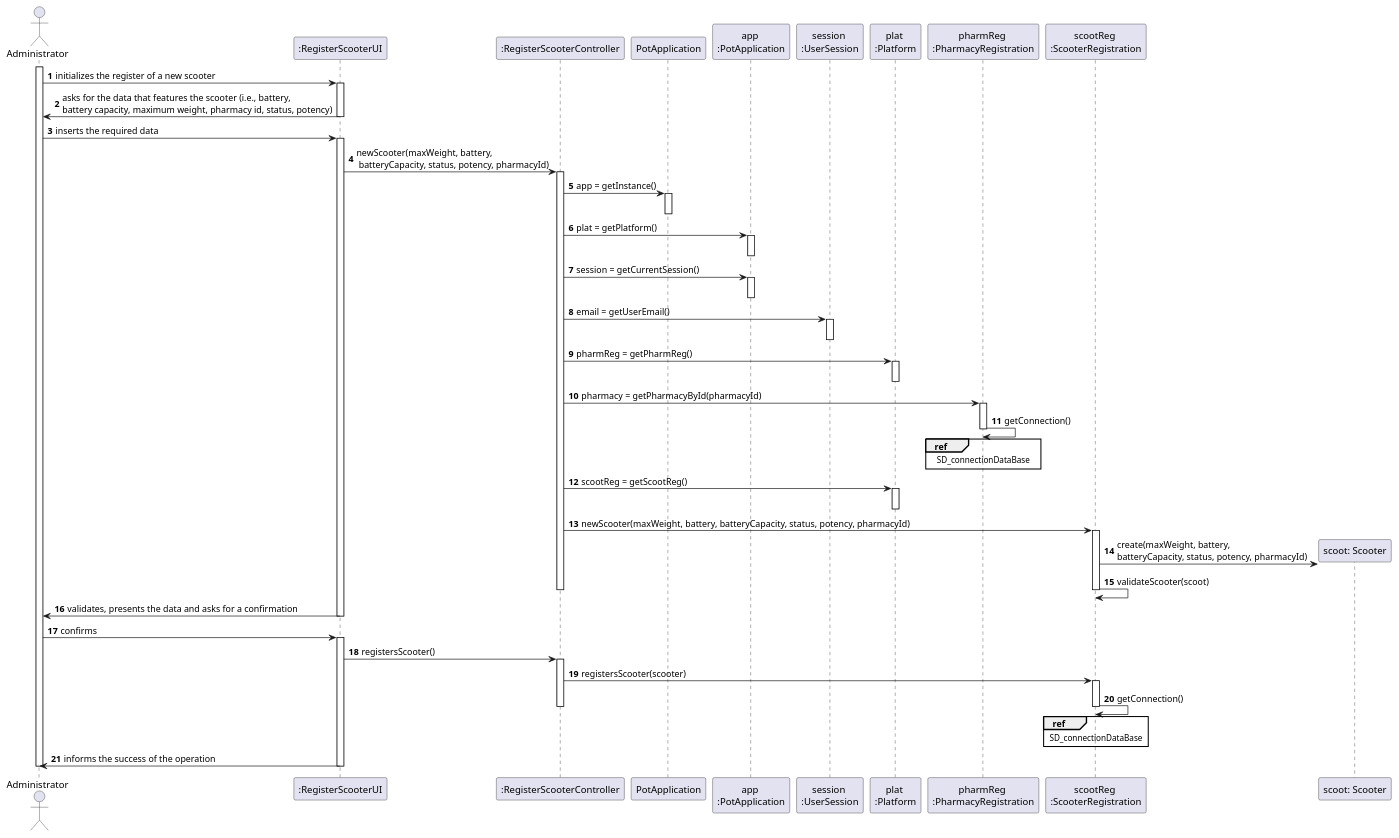
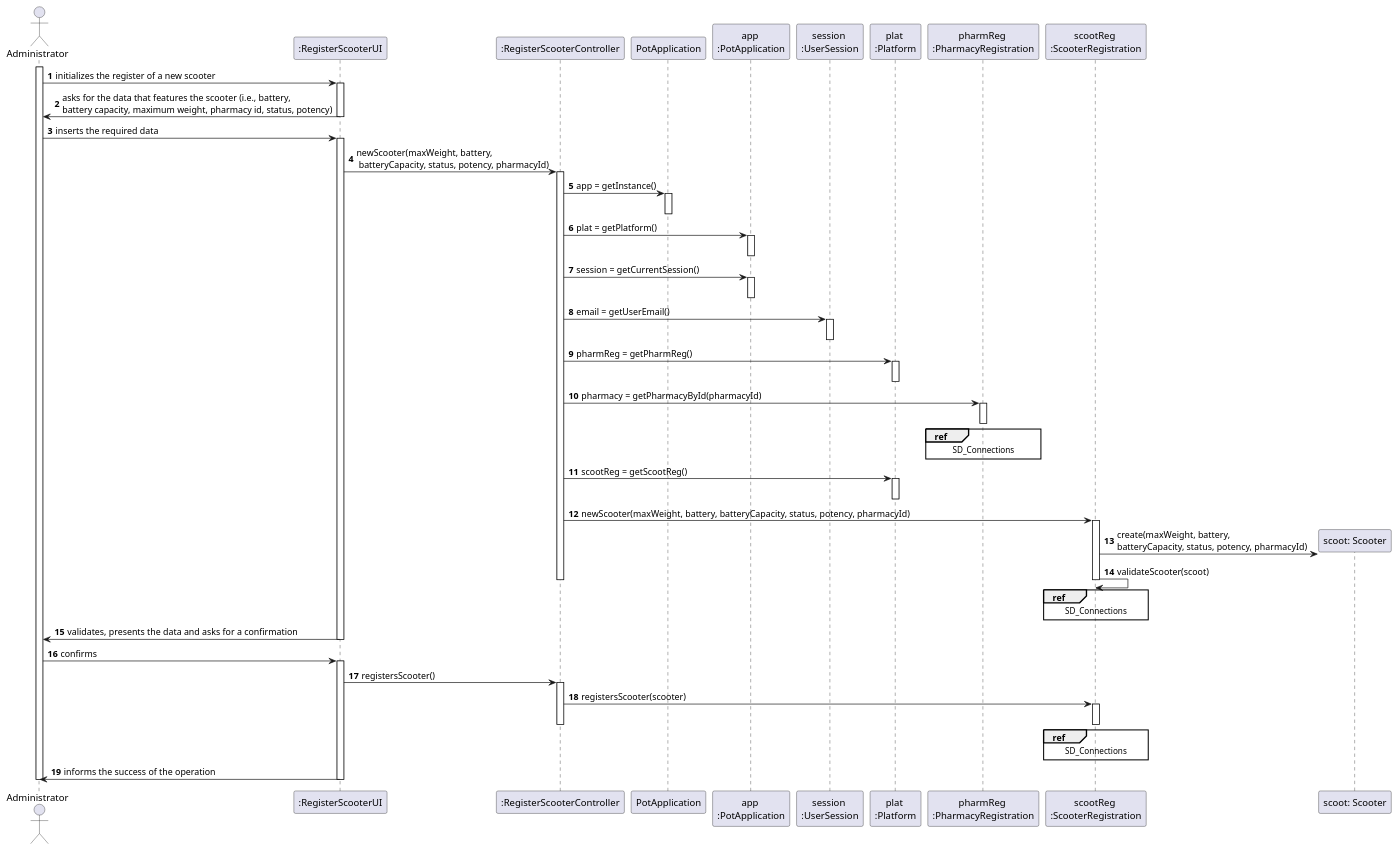
Before and after one commit to tiagoavcosta25/LAPR3: the diagram in docs/Iteration 1/Scooter Management/US21_RegisterScooter/US21_SD.puml, drawn with PlantUML. The commit also changed 3 other files, not shown here.

```diff
--- a/docs/Iteration 1/Scooter Management/US21_RegisterScooter/US21_SD.puml
+++ b/docs/Iteration 1/Scooter Management/US21_RegisterScooter/US21_SD.puml
@@ -1,81 +1,82 @@
 @startuml
 autonumber
 actor "Administrator" as ADMIN
 
 participant ":RegisterScooterUI" as UI
 participant ":RegisterScooterController" as CTRL
 participant "PotApplication" as PA
 participant "app \n:PotApplication" as APA
 participant "session \n:UserSession" as US
 participant "plat \n:Platform" as PLAT
 participant "pharmReg \n:PharmacyRegistration" as PH
 participant "scootReg \n:ScooterRegistration" as RS
 participant "scoot: Scooter" as SC
 
 
 
 activate ADMIN
 
 ADMIN -> UI : initializes the register of a new scooter
 activate UI
 UI -> ADMIN : asks for the data that features the scooter (i.e., battery, \nbattery capacity, maximum weight, pharmacy id, status, potency)
 deactivate UI
 
 ADMIN -> UI : inserts the required data
 activate UI
 UI -> CTRL : newScooter(maxWeight, battery,\n batteryCapacity, status, potency, pharmacyId)
 activate CTRL
 CTRL -> PA : app = getInstance()
 activate PA
 deactivate PA
 CTRL -> APA : plat = getPlatform()
 activate APA
 deactivate APA
 CTRL -> APA : session = getCurrentSession()
 activate APA
 deactivate APA
 CTRL -> US : email = getUserEmail()
 activate US
 deactivate US
 CTRL -> PLAT : pharmReg = getPharmReg()
 activate PLAT
 deactivate PLAT
 CTRL -> PH : pharmacy = getPharmacyById(pharmacyId)
 activate PH
-PH -> PH : getConnection()
 ref over PH
-SD_connectionDataBase
+SD_Connections
 end ref
 deactivate PH
 CTRL -> PLAT : scootReg = getScootReg()
 activate PLAT
 deactivate PLAT
 CTRL -> RS : newScooter(maxWeight, battery, batteryCapacity, status, potency, pharmacyId)
 activate RS
 RS -> SC ** : create(maxWeight, battery,\nbatteryCapacity, status, potency, pharmacyId)
 RS -> RS : validateScooter(scoot)
+ref over RS
+SD_Connections
+end ref
 deactivate RS
 deactivate CTRL
 
 
 UI -> ADMIN : validates, presents the data and asks for a confirmation
 deactivate UI
 
 ADMIN -> UI : confirms
 activate UI
 UI -> CTRL : registersScooter()
 activate CTRL
 CTRL -> RS : registersScooter(scooter)
 activate RS
-RS -> RS : getConnection()
 ref over RS
-SD_connectionDataBase
+SD_Connections
 end ref
 deactivate RS
 deactivate CTRL
 UI -> ADMIN : informs the success of the operation
 deactivate UI
 
 deactivate ADMIN
 
 @enduml
```
